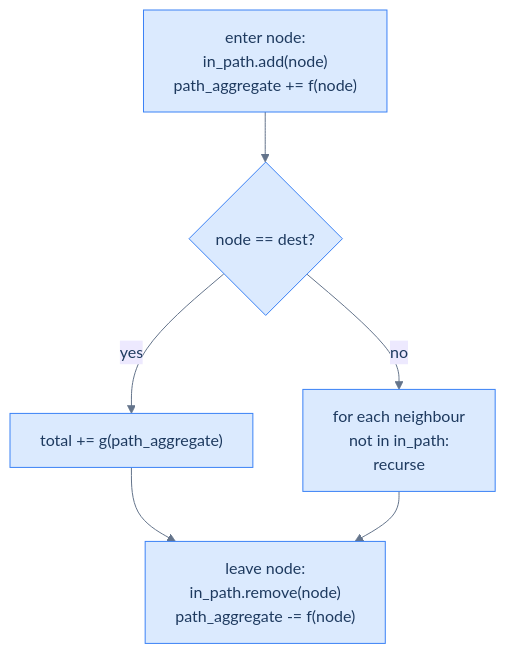
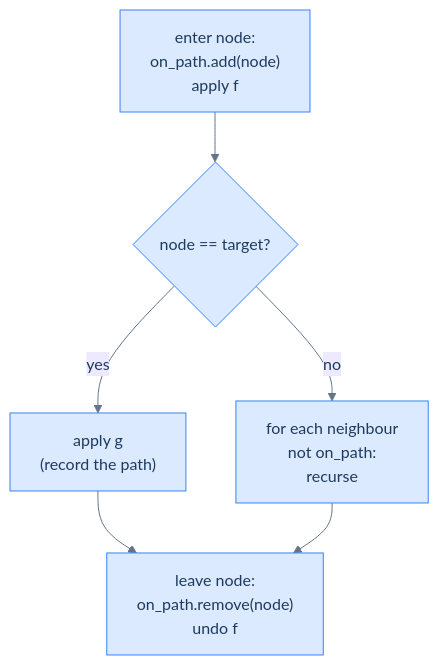
One commit to ani2fun/codefolio changed the second of 2 diagrams in content/cortex/data-structures-and-algorithms/04-graphs/13-pattern-depth-first-search/01-pattern.md. Above: the diagram before and after it, drawn with Mermaid. The commit also changed other lines of this file and 1049 other files, not shown here.

````diff
--- a/content/cortex/data-structures-and-algorithms/04-graphs/13-pattern-depth-first-search/01-pattern.md
+++ b/content/cortex/data-structures-and-algorithms/04-graphs/13-pattern-depth-first-search/01-pattern.md
@@ -92,19 +121,19 @@
 ```mermaid
 ---
 config:
   theme: base
   themeVariables:
     primaryColor: "#dbeafe"
     primaryBorderColor: "#3b82f6"
     primaryTextColor: "#1e3a5f"
     lineColor: "#64748b"
     secondaryColor: "#ede9fe"
     tertiaryColor: "#fef9c3"
 ---
 flowchart TB
-    Enter["enter node:<br/>in_path.add(node)<br/>path_aggregate += f(node)"] --> Check{"node == dest?"}
-    Check -->|"yes"| Record["total += g(path_aggregate)"]
-    Check -->|"no"| Loop["for each neighbour<br/>not in in_path:<br/>recurse"]
+    Enter["enter node:<br/>on_path.add(node)<br/>apply f"] --> Check{"node == target?"}
+    Check -->|"yes"| Record["apply g<br/>(record the path)"]
+    Check -->|"no"| Loop["for each neighbour<br/>not on_path:<br/>recurse"]
     Record --> Exit
-    Loop --> Exit["leave node:<br/>in_path.remove(node)<br/>path_aggregate -= f(node)"]
+    Loop --> Exit["leave node:<br/>on_path.remove(node)<br/>undo f"]
 ```
````
